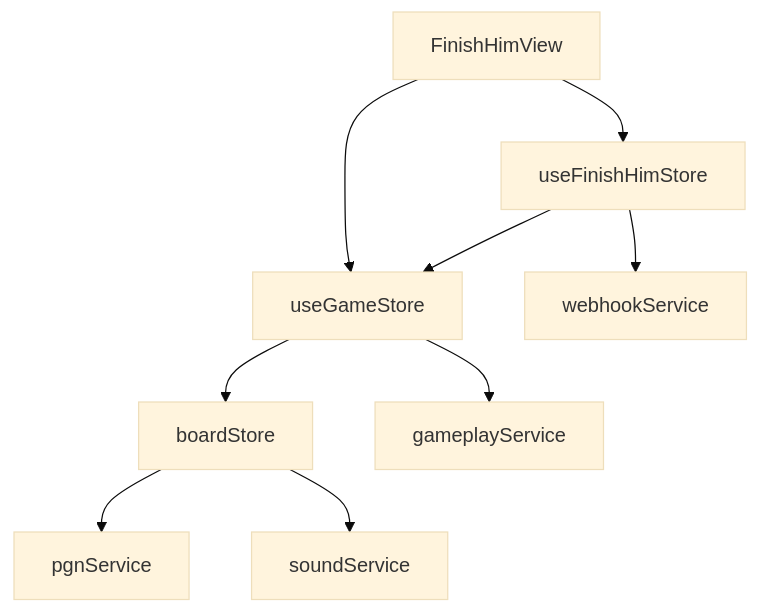
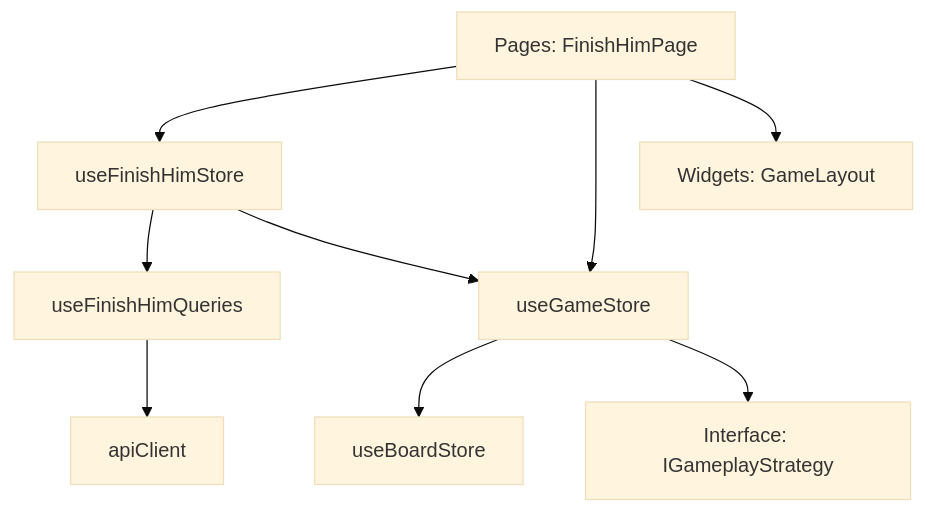
Before and after one commit to ImMoSer/Chessboard.fun: the diagram in game_logics/01_finish-him.md, drawn with Mermaid (base theme). The commit also changed other lines of this file and 6 other files, not shown here.

````diff
--- a/game_logics/01_finish-him.md
+++ b/game_logics/01_finish-him.md
@@ -102,11 +81,14 @@
 ```mermaid
 graph TD
-    FinishHimView --> useFinishHimStore
-    FinishHimView --> useGameStore
+    FinishHimPage[Pages: FinishHimPage] --> useFinishHimStore
+    FinishHimPage --> useGameStore
+    FinishHimPage --> GameLayout[Widgets: GameLayout]
+    
+    useFinishHimStore --> useFinishHimQueries
     useFinishHimStore --> useGameStore
-    useFinishHimStore --> webhookService
-    useGameStore --> boardStore
-    useGameStore --> gameplayService
-    boardStore --> pgnService
-    boardStore --> soundService
+    
+    useGameStore --> useBoardStore
+    useGameStore --> IGameplayStrategy[Interface: IGameplayStrategy]
+    
+    useFinishHimQueries --> apiClient
 ```
````
